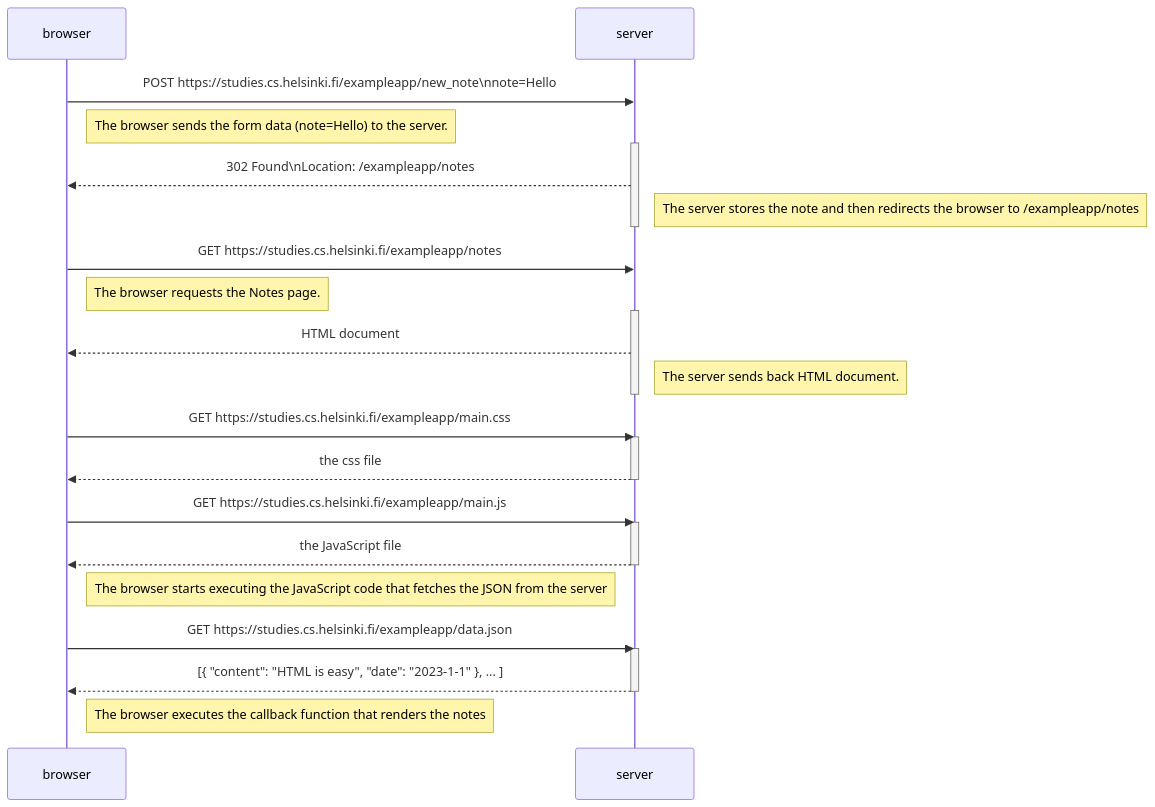
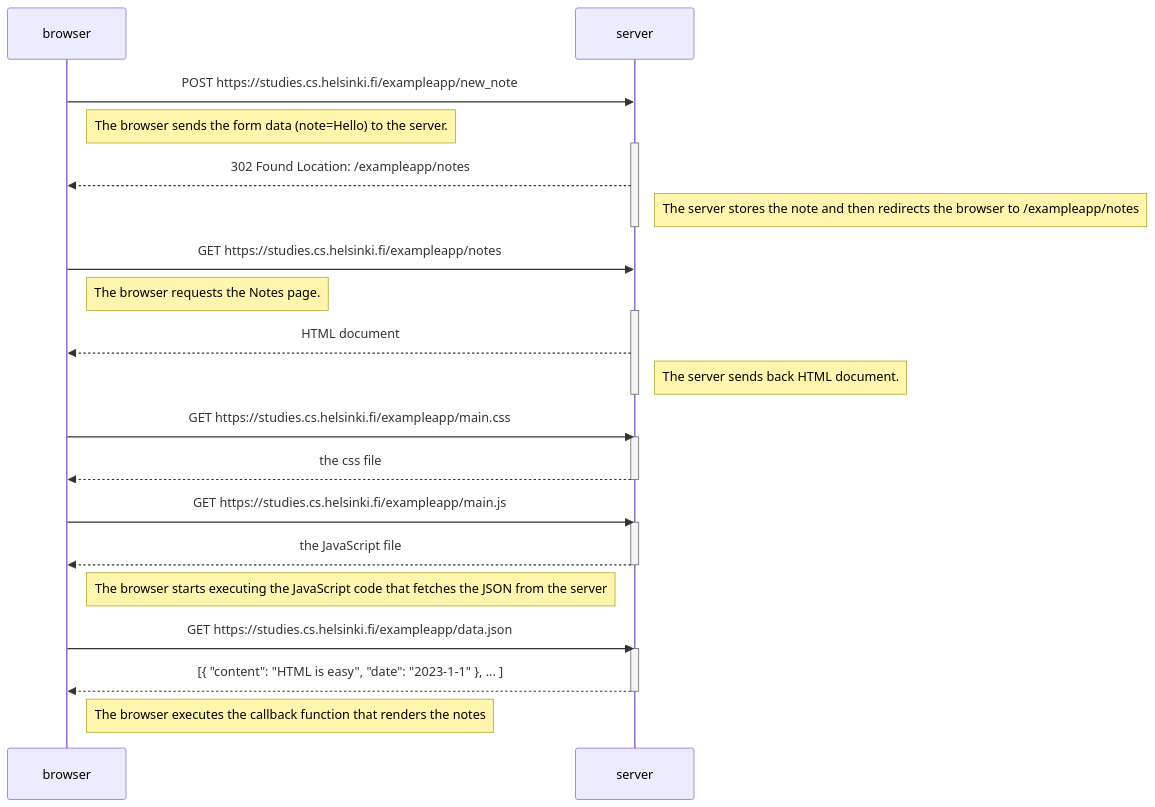
The diagram in osa0/04_uusi muistiinpano.md (kjh/palautukset), drawn with Mermaid before and after one commit.

Commit message:
osa 0 valmis

````diff
--- a/osa0/04_uusi muistiinpano.md
+++ b/osa0/04_uusi muistiinpano.md
@@ -1,38 +1,38 @@
 ```mermaid
 sequenceDiagram
     participant browser
     participant server
 
-    browser->>server: POST https://studies.cs.helsinki.fi/exampleapp/new_note\nnote=Hello
+    browser->>server: POST https://studies.cs.helsinki.fi/exampleapp/new_note
     Note right of browser: The browser sends the form data (note=Hello) to the server.
     activate server
-    server-->>browser: 302 Found\nLocation: /exampleapp/notes
+    server-->>browser: 302 Found Location: /exampleapp/notes
     Note right of server: The server stores the note and then redirects the browser to /exampleapp/notes
     deactivate server
     
     browser->>server: GET https://studies.cs.helsinki.fi/exampleapp/notes
     Note right of browser: The browser requests the Notes page. 
     activate server 
     server-->>browser: HTML document 
     Note right of server: The server sends back HTML document. 
     deactivate server
     
     browser->>server: GET https://studies.cs.helsinki.fi/exampleapp/main.css
     activate server
     server-->>browser: the css file
     deactivate server
     
     browser->>server: GET https://studies.cs.helsinki.fi/exampleapp/main.js
     activate server
     server-->>browser: the JavaScript file
     deactivate server
     
     Note right of browser: The browser starts executing the JavaScript code that fetches the JSON from the server
     
     browser->>server: GET https://studies.cs.helsinki.fi/exampleapp/data.json
     activate server
     server-->>browser: [{ "content": "HTML is easy", "date": "2023-1-1" }, ... ]
     deactivate server    
 
     Note right of browser: The browser executes the callback function that renders the notes
 ```
````
